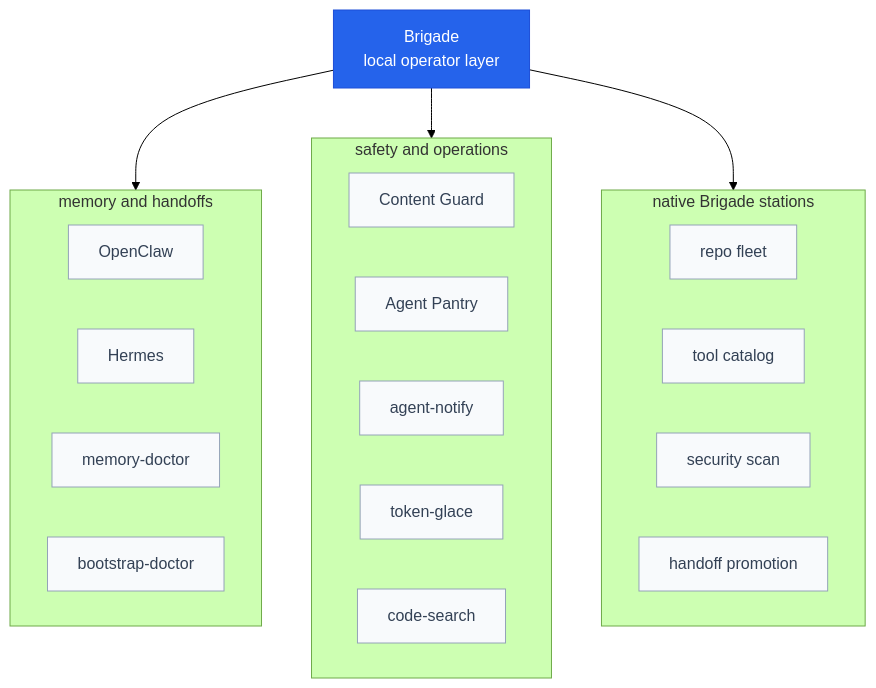
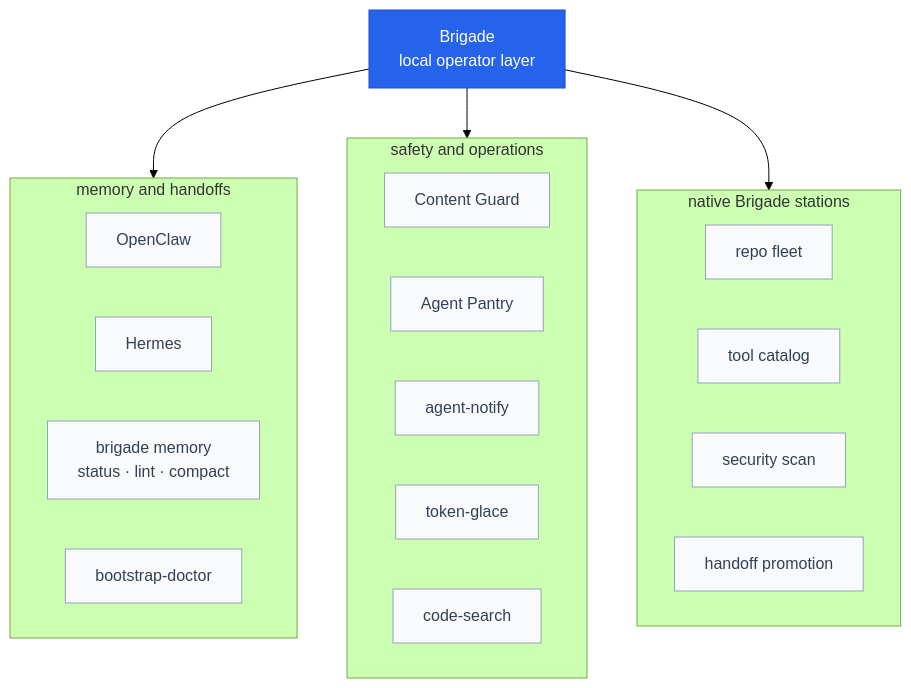
Before and after one commit to escoffier-labs/brigade: the sixth of 13 diagrams in docs/overview.md, drawn with Mermaid (forest theme). The commit also changed other lines of this file and 22 other files, not shown here.

First line of the commit message:
feat(memory): fold memory-doctor into brigade-cli

````diff
--- a/docs/overview.md
+++ b/docs/overview.md
@@ -328,35 +328,35 @@
 ```mermaid
 flowchart TB
     BRIGADE["Brigade<br/>local operator layer"]
 
     subgraph MEMORY [" memory and handoffs "]
         OPENCLAW["OpenClaw"]
         HERMES["Hermes"]
-        MDOCTOR["memory-doctor"]
+        MDOCTOR["brigade memory<br/>status · lint · compact"]
         BDOCTOR["bootstrap-doctor"]
     end
 
     subgraph SAFETY [" safety and operations "]
         GUARD["Content Guard"]
         PANTRY["Agent Pantry"]
         NOTIFY["agent-notify"]
         TOKEN["token-glace"]
         SEARCH["code-search"]
     end
 
     subgraph NATIVE [" native Brigade stations "]
         REPOS["repo fleet"]
         TOOLS["tool catalog"]
         SECURITY["security scan"]
         HANDOFFS["handoff promotion"]
     end
 
     BRIGADE --> MEMORY
     BRIGADE --> SAFETY
     BRIGADE --> NATIVE
 
     classDef core fill:#2563eb,stroke:#1d4ed8,color:#fff;
     classDef group fill:#f8fafc,stroke:#94a3b8,color:#334155;
     class BRIGADE core;
     class OPENCLAW,HERMES,MDOCTOR,BDOCTOR,GUARD,PANTRY,NOTIFY,TOKEN,SEARCH,REPOS,TOOLS,SECURITY,HANDOFFS group;
 ```
````
